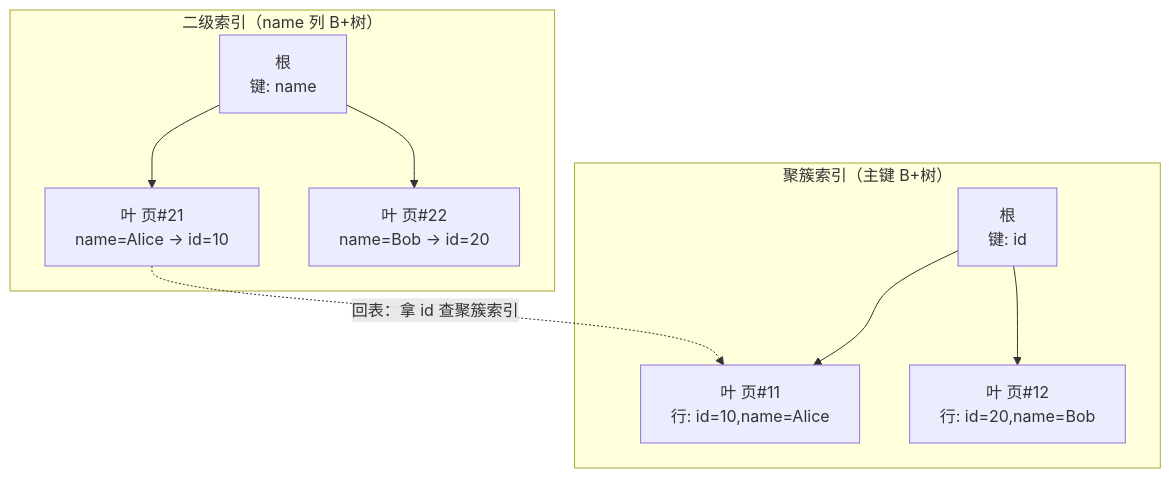
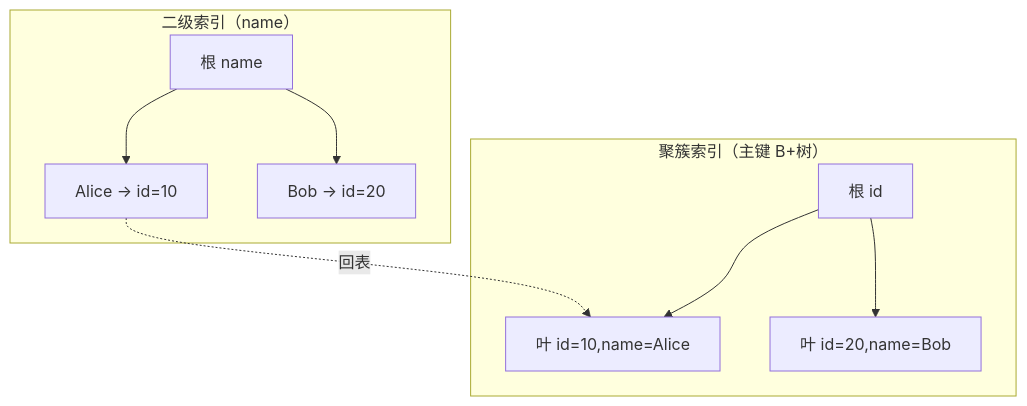
The fourth of 7 diagrams in 02-中间件与数据库/01-MySQL/01-架构与存储引擎/知识点.md (ml-cuizijun/LearnToLilith), drawn with Mermaid before and after one commit. The commit also changed other lines of this file and 178 other files, not shown here.

````diff
--- a/02-中间件与数据库/01-MySQL/01-架构与存储引擎/知识点.md
+++ b/02-中间件与数据库/01-MySQL/01-架构与存储引擎/知识点.md
@@ -343,12 +299,12 @@
 ```mermaid
 flowchart TB
     subgraph cluster["聚簇索引（主键 B+树）"]
-        CR["根<br/>键: id"] --> CL1["叶 页#11<br/>行: id=10,name=Alice"]
-        CR --> CL2["叶 页#12<br/>行: id=20,name=Bob"]
+        CR["根 id"] --> CL1["叶 id=10,name=Alice"]
+        CR --> CL2["叶 id=20,name=Bob"]
     end
-    subgraph secondary["二级索引（name 列 B+树）"]
-        SR["根<br/>键: name"] --> SL1["叶 页#21<br/>name=Alice -> id=10"]
-        SR --> SL2["叶 页#22<br/>name=Bob -> id=20"]
+    subgraph secondary["二级索引（name）"]
+        SR["根 name"] --> SL1["Alice -> id=10"]
+        SR --> SL2["Bob -> id=20"]
     end
-    SL1 -.->|"回表：拿 id 查聚簇索引"| CL1
+    SL1 -.->|"回表"| CL1
 ```
````
